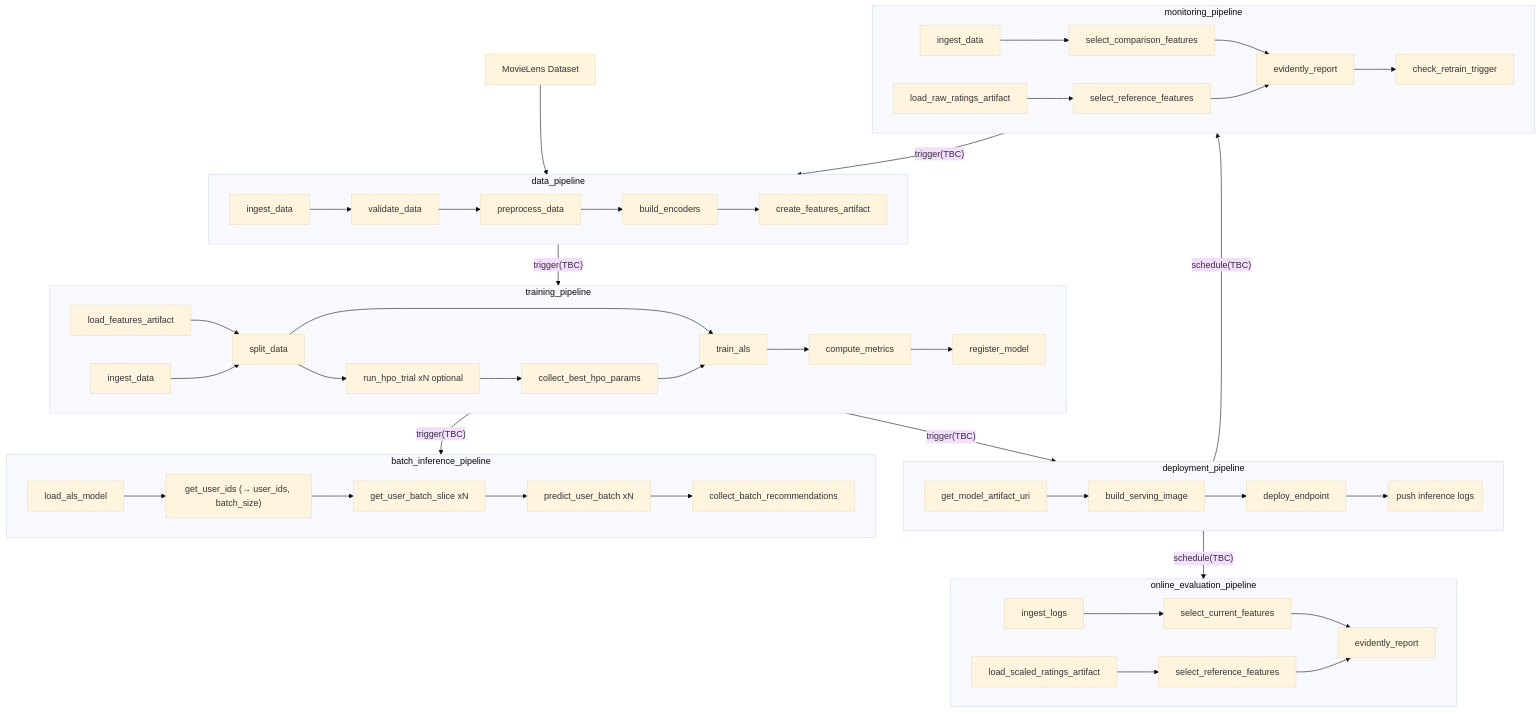
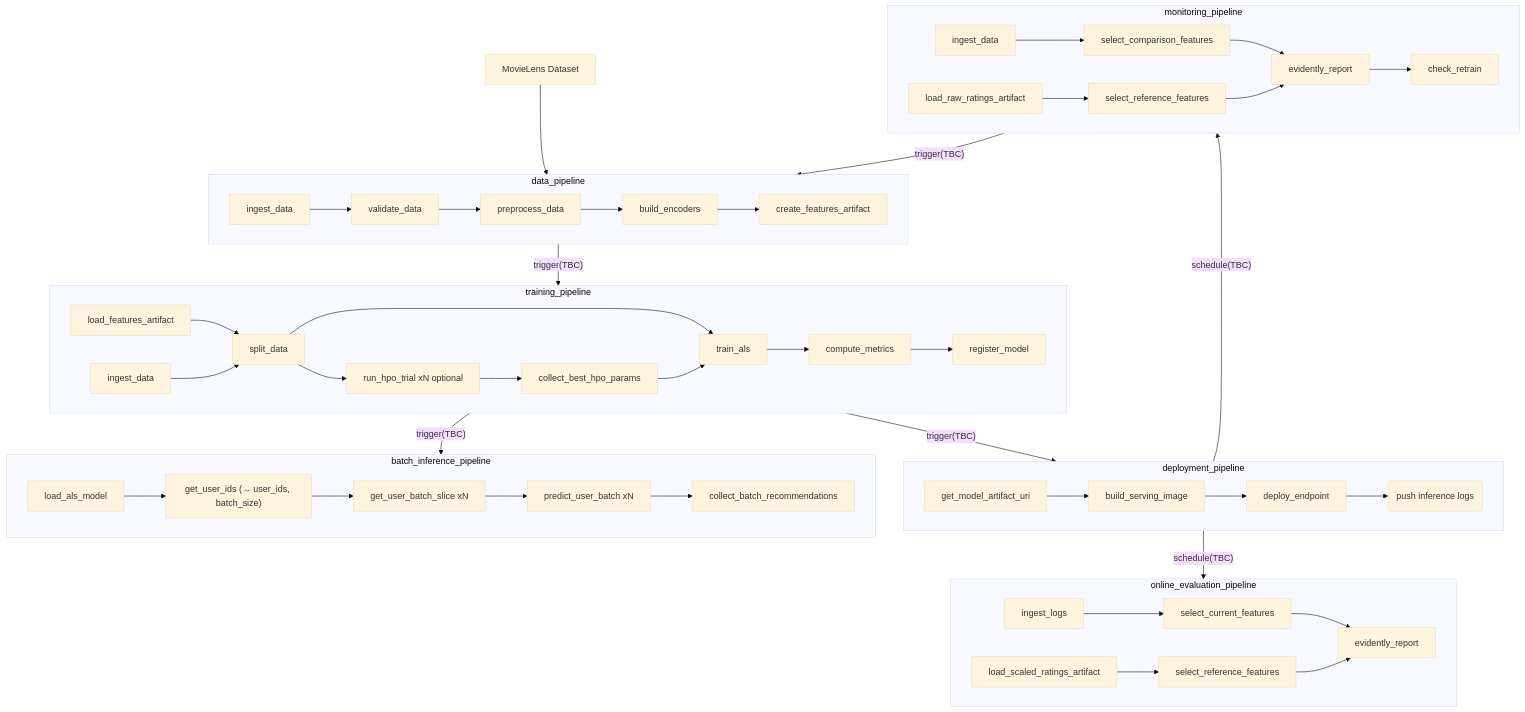
Before and after one commit to sagadana/zenml-mlops: the diagram in .agents/specs/wf_matrix_factorization.md, drawn with Mermaid (base theme). The commit also changed other lines of this file and 21 other files, not shown here.

````diff
--- a/.agents/specs/wf_matrix_factorization.md
+++ b/.agents/specs/wf_matrix_factorization.md
@@ -19,49 +19,49 @@
 ```mermaid
 graph TD
 
     subgraph D[data_pipeline]
         D1[ingest_data] --> D2[validate_data] --> D2a[preprocess_data] --> D3[build_encoders] --> D4[create_features_artifact]
     end
 
     subgraph T[training_pipeline]
         T0[load_features_artifact] --> T4[split_data]
         T1[ingest_data] --> T4
         T4 --> T5[run_hpo_trial xN optional]
         T5 --> T6[collect_best_hpo_params]
         T4 --> T7[train_als]
         T6 --> T7
         T7 --> T10[compute_metrics] --> T11[register_model]
     end
 
     subgraph BI[batch_inference_pipeline]
         S1[load_als_model] --> S1a["get_user_ids (→ user_ids, batch_size)"]
         S1a --> S2a[get_user_batch_slice xN]
         S2a --> S2[predict_user_batch xN] --> S3[collect_batch_recommendations]
     end
 
     subgraph DP[deployment_pipeline]
         S4[get_model_artifact_uri] --> S5[build_serving_image] --> S6[deploy_endpoint] --> S6-a(push inference logs)
     end
 
     subgraph M[monitoring_pipeline]
         M1[load_raw_ratings_artifact] --> M1a[select_reference_features]
         M2[ingest_data] --> M2a[select_comparison_features] --> M3[evidently_report]
         M1a --> M3
-        M3 --> M5[check_retrain_trigger]
+        M3 --> M5[check_retrain]
     end
 
     subgraph OE[online_evaluation_pipeline]
         OE1[load_scaled_ratings_artifact] --> OE1a[select_reference_features]
         OE2[ingest_logs] --> OE2a[select_current_features] --> OE3[evidently_report]
         OE1a --> OE3
     end
 
     A[MovieLens Dataset] --> D
     D -->|"trigger(TBC)"| T
     T -->|"trigger(TBC)"| BI
     T -->|"trigger(TBC)"| DP
     DP -->|"schedule(TBC)"| M
     DP -->|"schedule(TBC)"| OE
     M -->|"trigger(TBC)"| D
 
 ```
````
